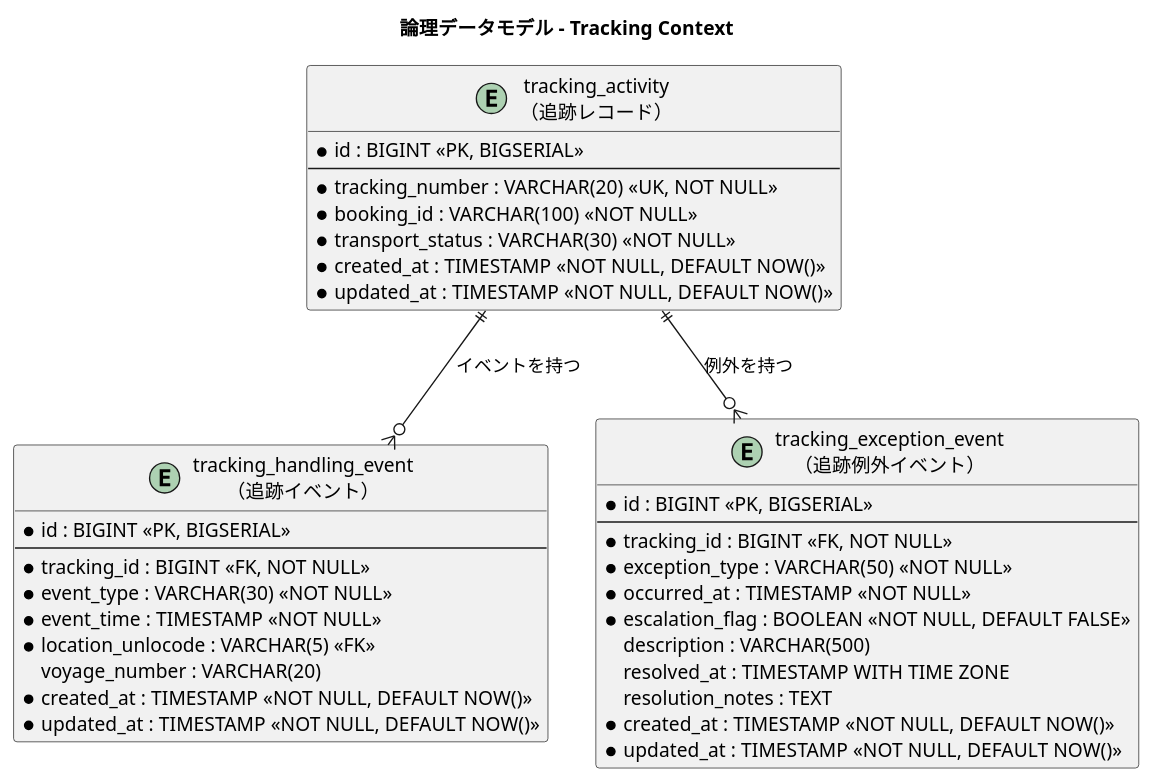
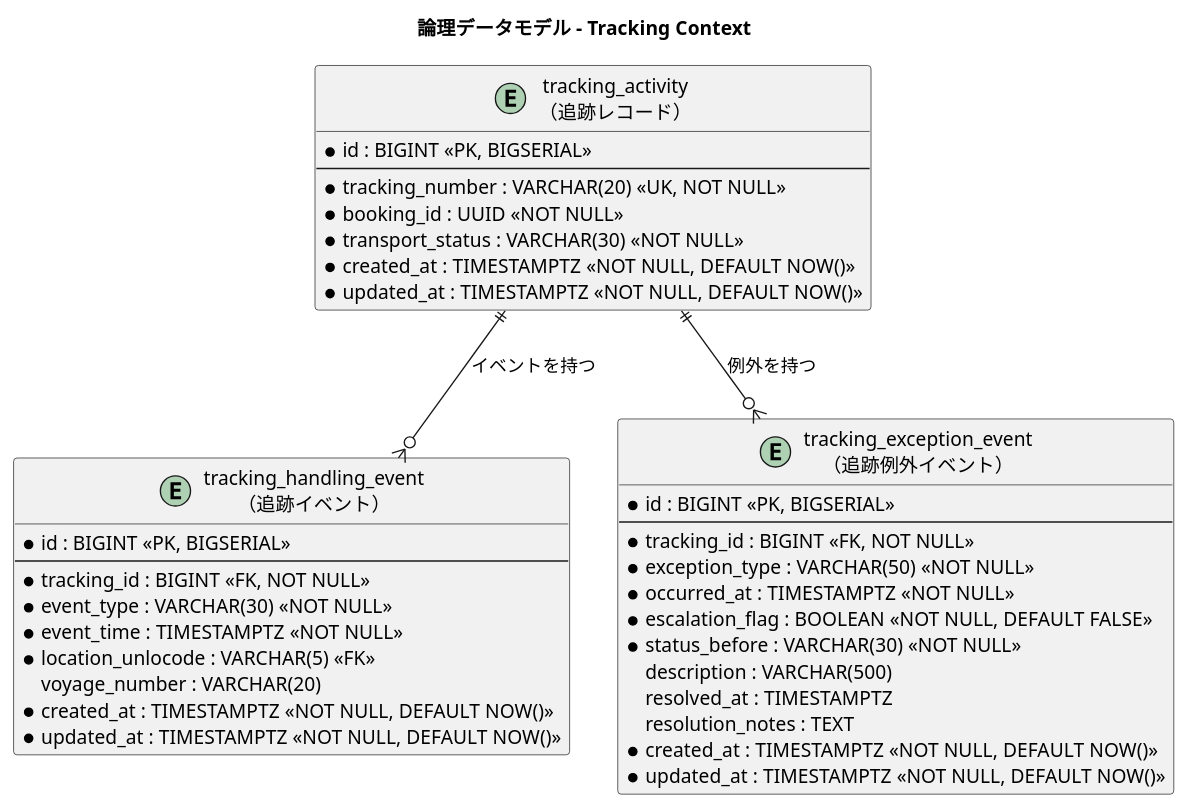
The fifth of 9 diagrams in docs/design/data-model.md (k2works/case-study-cargo-tracker), drawn with PlantUML before and after one commit. The commit also changed other lines of this file and 6 other files, not shown here.

````diff
--- a/docs/design/data-model.md
+++ b/docs/design/data-model.md
@@ -410,45 +411,46 @@
 ```plantuml
 @startuml
 title 論理データモデル - Tracking Context
 
 entity "tracking_activity\n（追跡レコード）" as tracking_activity {
   * id : BIGINT <<PK, BIGSERIAL>>
   --
   * tracking_number : VARCHAR(20) <<UK, NOT NULL>>
-  * booking_id : VARCHAR(100) <<NOT NULL>>
+  * booking_id : UUID <<NOT NULL>>
   * transport_status : VARCHAR(30) <<NOT NULL>>
-  * created_at : TIMESTAMP <<NOT NULL, DEFAULT NOW()>>
-  * updated_at : TIMESTAMP <<NOT NULL, DEFAULT NOW()>>
+  * created_at : TIMESTAMPTZ <<NOT NULL, DEFAULT NOW()>>
+  * updated_at : TIMESTAMPTZ <<NOT NULL, DEFAULT NOW()>>
 }
 
 entity "tracking_handling_event\n（追跡イベント）" as tracking_handling_event {
   * id : BIGINT <<PK, BIGSERIAL>>
   --
   * tracking_id : BIGINT <<FK, NOT NULL>>
   * event_type : VARCHAR(30) <<NOT NULL>>
-  * event_time : TIMESTAMP <<NOT NULL>>
+  * event_time : TIMESTAMPTZ <<NOT NULL>>
   * location_unlocode : VARCHAR(5) <<FK>>
   voyage_number : VARCHAR(20)
-  * created_at : TIMESTAMP <<NOT NULL, DEFAULT NOW()>>
-  * updated_at : TIMESTAMP <<NOT NULL, DEFAULT NOW()>>
+  * created_at : TIMESTAMPTZ <<NOT NULL, DEFAULT NOW()>>
+  * updated_at : TIMESTAMPTZ <<NOT NULL, DEFAULT NOW()>>
 }
 
 entity "tracking_exception_event\n（追跡例外イベント）" as tracking_exception_event {
   * id : BIGINT <<PK, BIGSERIAL>>
   --
   * tracking_id : BIGINT <<FK, NOT NULL>>
   * exception_type : VARCHAR(50) <<NOT NULL>>
-  * occurred_at : TIMESTAMP <<NOT NULL>>
+  * occurred_at : TIMESTAMPTZ <<NOT NULL>>
   * escalation_flag : BOOLEAN <<NOT NULL, DEFAULT FALSE>>
+  * status_before : VARCHAR(30) <<NOT NULL>>
   description : VARCHAR(500)
-  resolved_at : TIMESTAMP WITH TIME ZONE
+  resolved_at : TIMESTAMPTZ
   resolution_notes : TEXT
-  * created_at : TIMESTAMP <<NOT NULL, DEFAULT NOW()>>
-  * updated_at : TIMESTAMP <<NOT NULL, DEFAULT NOW()>>
+  * created_at : TIMESTAMPTZ <<NOT NULL, DEFAULT NOW()>>
+  * updated_at : TIMESTAMPTZ <<NOT NULL, DEFAULT NOW()>>
 }
 
 tracking_activity ||--o{ tracking_handling_event : "イベントを持つ"
 tracking_activity ||--o{ tracking_exception_event : "例外を持つ"
 
 @enduml
 ```
````
